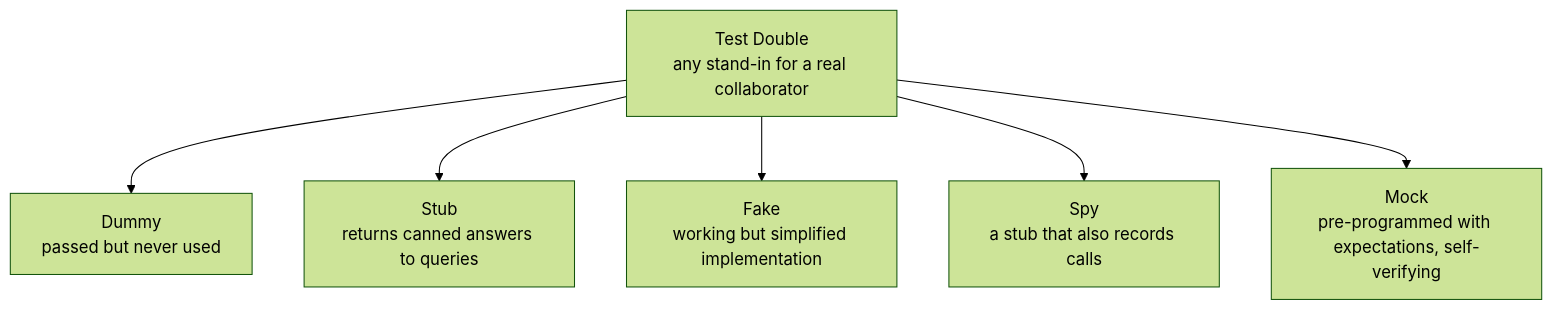
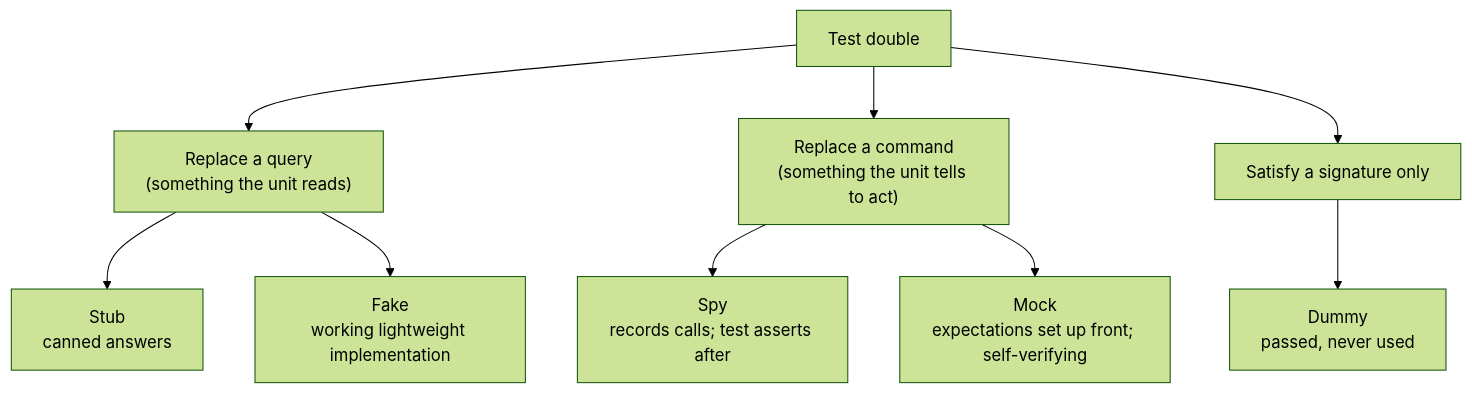
One commit to AndrewAltimit/Documentation changed the first of 5 diagrams in github-pages/docs/testing/unit-and-integration.md. Above: the diagram before and after it, drawn with Mermaid (forest theme). The commit also changed other lines of this file and 240 other files, not shown here.

````diff
--- a/github-pages/docs/testing/unit-and-integration.md
+++ b/github-pages/docs/testing/unit-and-integration.md
@@ -88,9 +105,12 @@
 ```mermaid
 flowchart TD
-    TD["Test Double<br/>any stand-in for a real collaborator"]
-    TD --> Dummy["Dummy<br/>passed but never used"]
-    TD --> Stub["Stub<br/>returns canned answers to queries"]
-    TD --> Fake["Fake<br/>working but simplified implementation"]
-    TD --> Spy["Spy<br/>a stub that also records calls"]
-    TD --> Mock["Mock<br/>pre-programmed with expectations, self-verifying"]
+    TD["Test double"]
+    TD --> Q["Replace a query<br/>(something the unit reads)"]
+    TD --> C["Replace a command<br/>(something the unit tells to act)"]
+    TD --> N["Satisfy a signature only"]
+    N --> Dummy["Dummy<br/>passed, never used"]
+    Q --> Stub["Stub<br/>canned answers"]
+    Q --> Fake["Fake<br/>working lightweight implementation"]
+    C --> Spy["Spy<br/>records calls; test asserts after"]
+    C --> Mock["Mock<br/>expectations set up front; self-verifying"]
 ```
````
